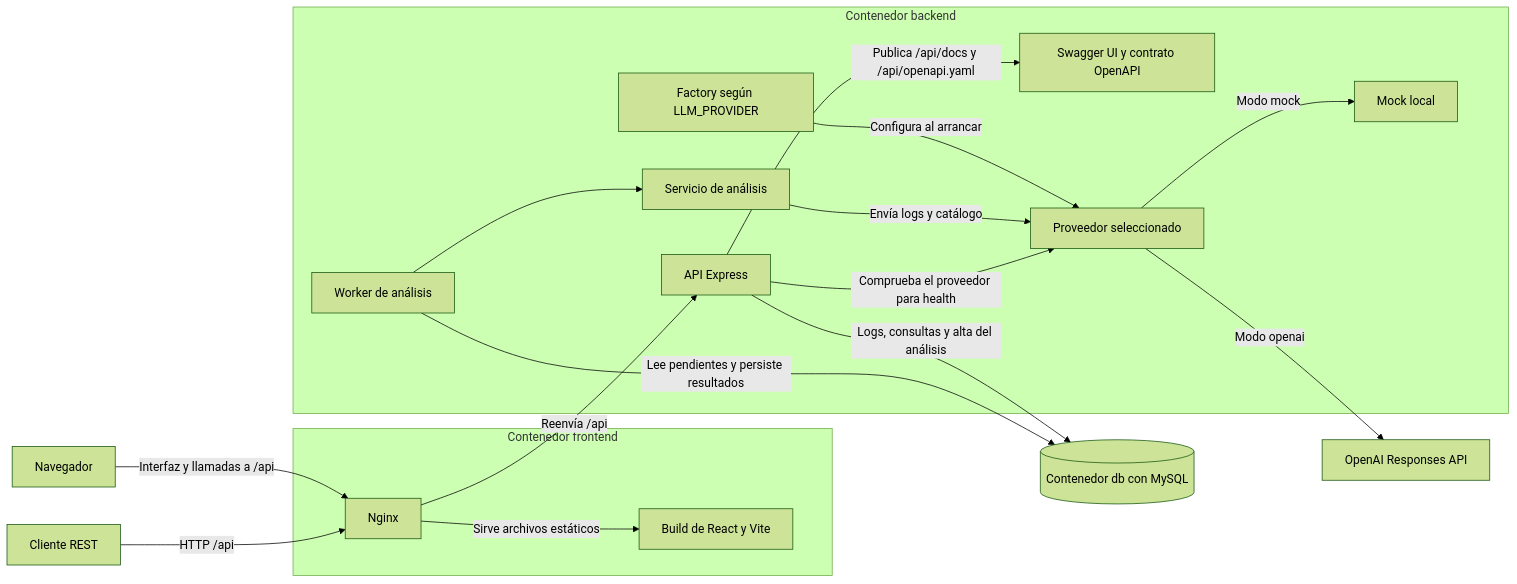
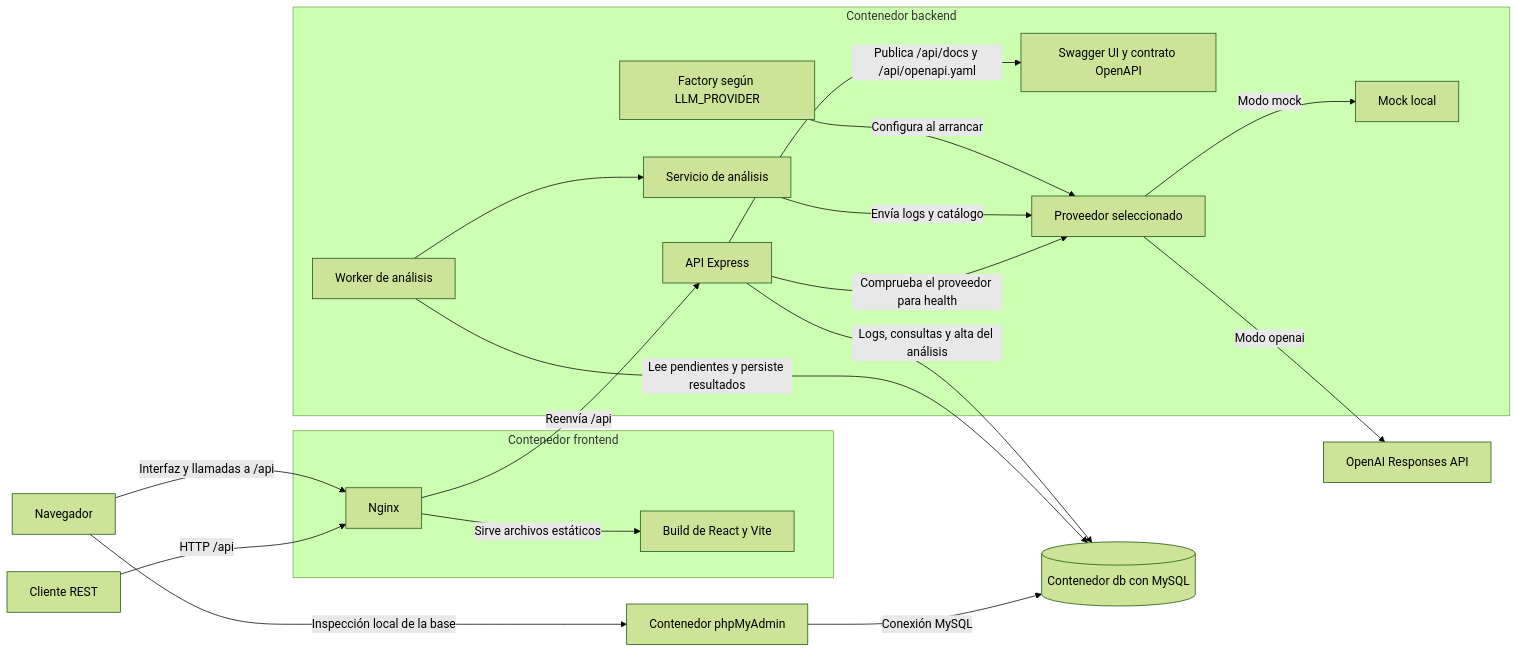
The diagram in ARCHITECTURE.md (prodriguezg/smartlog-analyzer), drawn with Mermaid (forest theme) before and after one commit. The commit also changed other lines of this file and 25 other files, not shown here.

````diff
--- a/ARCHITECTURE.md
+++ b/ARCHITECTURE.md
@@ -7,34 +7,37 @@
 ```mermaid
 flowchart LR
     Browser[Navegador]
     Client[Cliente REST]
     subgraph Frontend[Contenedor frontend]
         Nginx[Nginx]
         UI[Build de React y Vite]
     end
     subgraph Backend[Contenedor backend]
         API[API Express]
         Docs[Swagger UI y contrato OpenAPI]
         Worker[Worker de análisis]
         Service[Servicio de análisis]
         Factory[Factory según LLM_PROVIDER]
         Provider[Proveedor seleccionado]
         Mock[Mock local]
     end
     DB[(Contenedor db con MySQL)]
+    Admin[Contenedor phpMyAdmin]
     OpenAI[OpenAI Responses API]
 
     Browser -->|Interfaz y llamadas a /api| Nginx
+    Browser -->|Inspección local de la base| Admin
     Client -->|HTTP /api| Nginx
     Nginx -->|Sirve archivos estáticos| UI
     Nginx -->|Reenvía /api| API
     API -->|Publica /api/docs y /api/openapi.yaml| Docs
     API -->|Logs, consultas y alta del análisis| DB
+    Admin -->|Conexión MySQL| DB
     Worker -->|Lee pendientes y persiste resultados| DB
     Worker --> Service
     Factory -->|Configura al arrancar| Provider
     Service -->|Envía logs y catálogo| Provider
     API -->|Comprueba el proveedor para health| Provider
     Provider -->|Modo mock| Mock
     Provider -->|Modo openai| OpenAI
 ```
````
